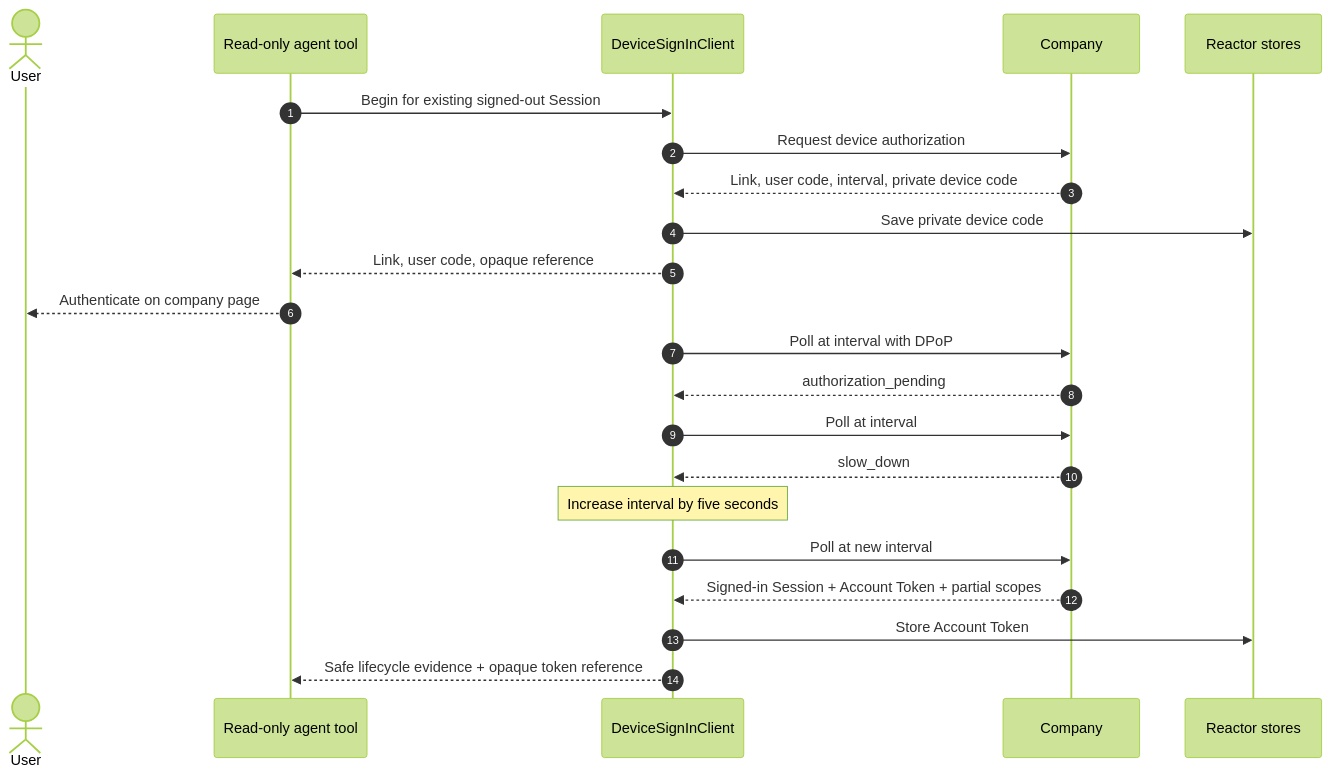
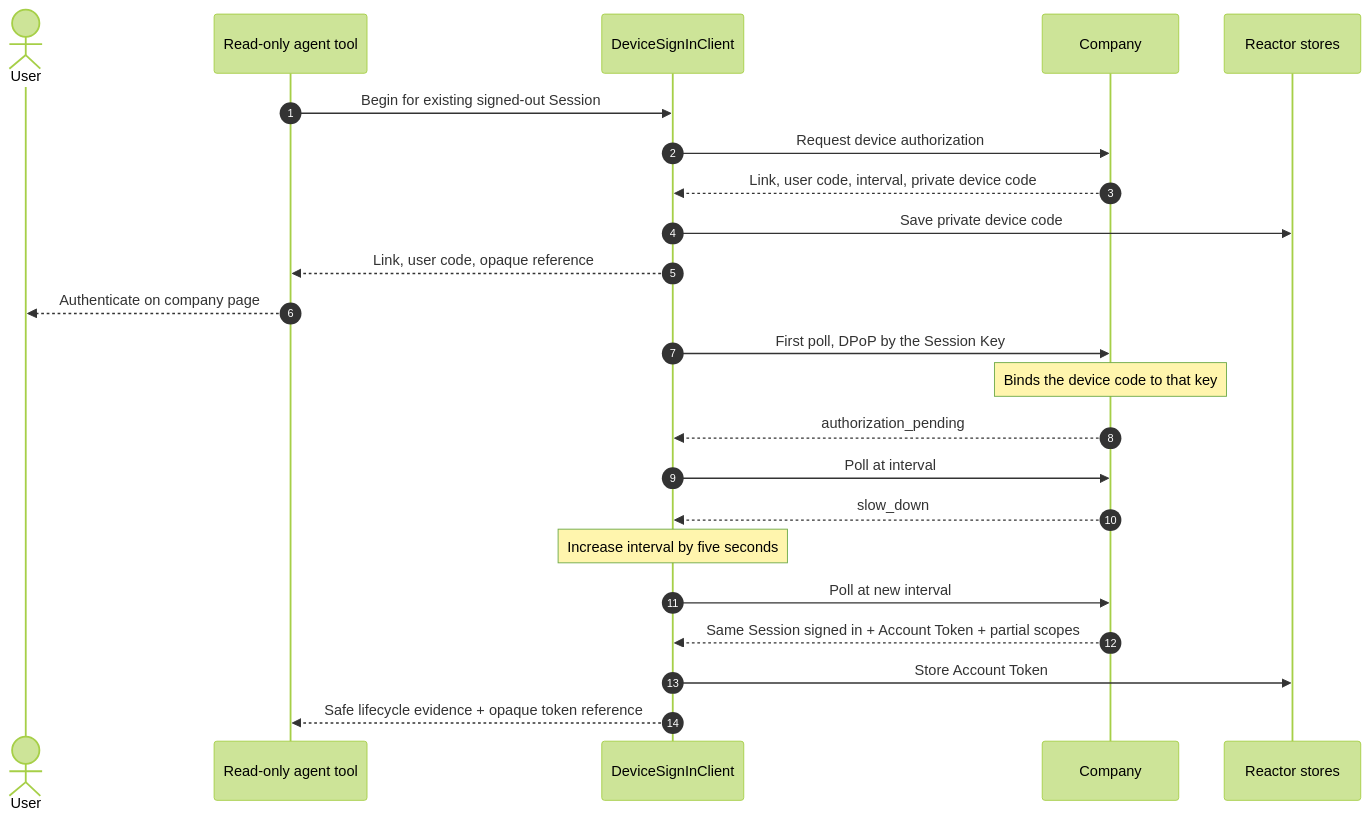
Before and after one commit to datalayer/personal-agent-protocol: the diagram in docs/docs/examples/device-sign-in.mdx, drawn with Mermaid (forest theme). The commit also changed other lines of this file and 95 other files, not shown here.

````diff
--- a/docs/docs/examples/device-sign-in.mdx
+++ b/docs/docs/examples/device-sign-in.mdx
@@ -17,24 +17,25 @@
 ```mermaid
 sequenceDiagram
   autonumber
   actor User
   participant Tool as Read-only agent tool
   participant SDK as DeviceSignInClient
   participant Company
   participant Vault as Reactor stores
   Tool->>SDK: Begin for existing signed-out Session
   SDK->>Company: Request device authorization
   Company-->>SDK: Link, user code, interval, private device code
   SDK->>Vault: Save private device code
   SDK-->>Tool: Link, user code, opaque reference
   Tool-->>User: Authenticate on company page
-  SDK->>Company: Poll at interval with DPoP
+  SDK->>Company: First poll, DPoP by the Session Key
+  Note over Company: Binds the device code to that key
   Company-->>SDK: authorization_pending
   SDK->>Company: Poll at interval
   Company-->>SDK: slow_down
   Note over SDK: Increase interval by five seconds
   SDK->>Company: Poll at new interval
-  Company-->>SDK: Signed-in Session + Account Token + partial scopes
+  Company-->>SDK: Same Session signed in + Account Token + partial scopes
   SDK->>Vault: Store Account Token
   SDK-->>Tool: Safe lifecycle evidence + opaque token reference
 ```
````
